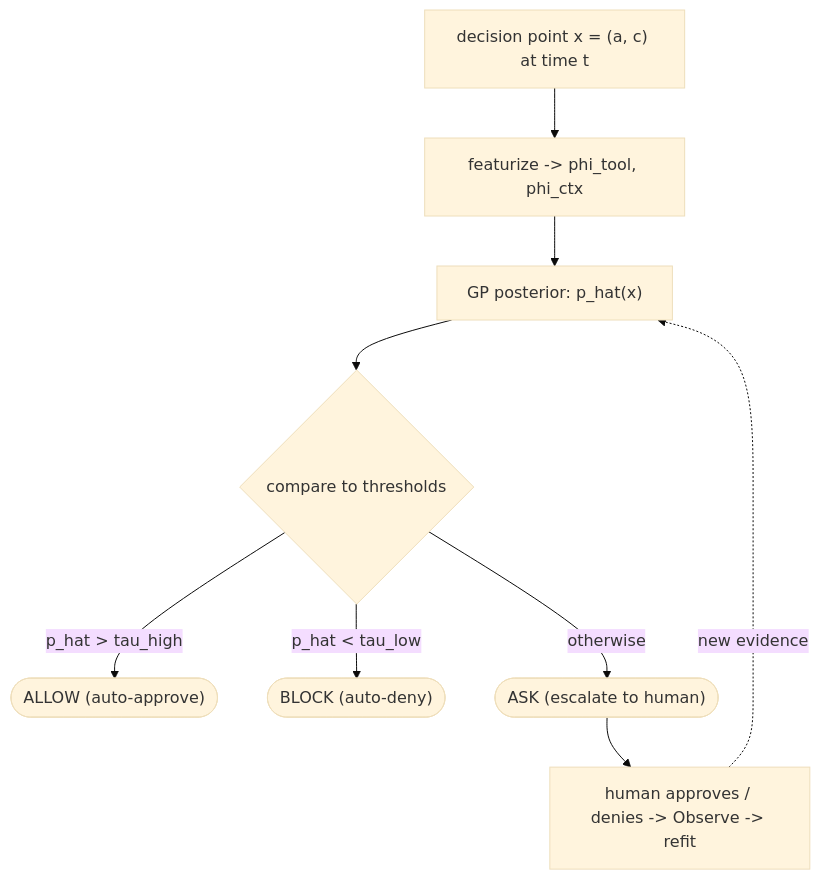
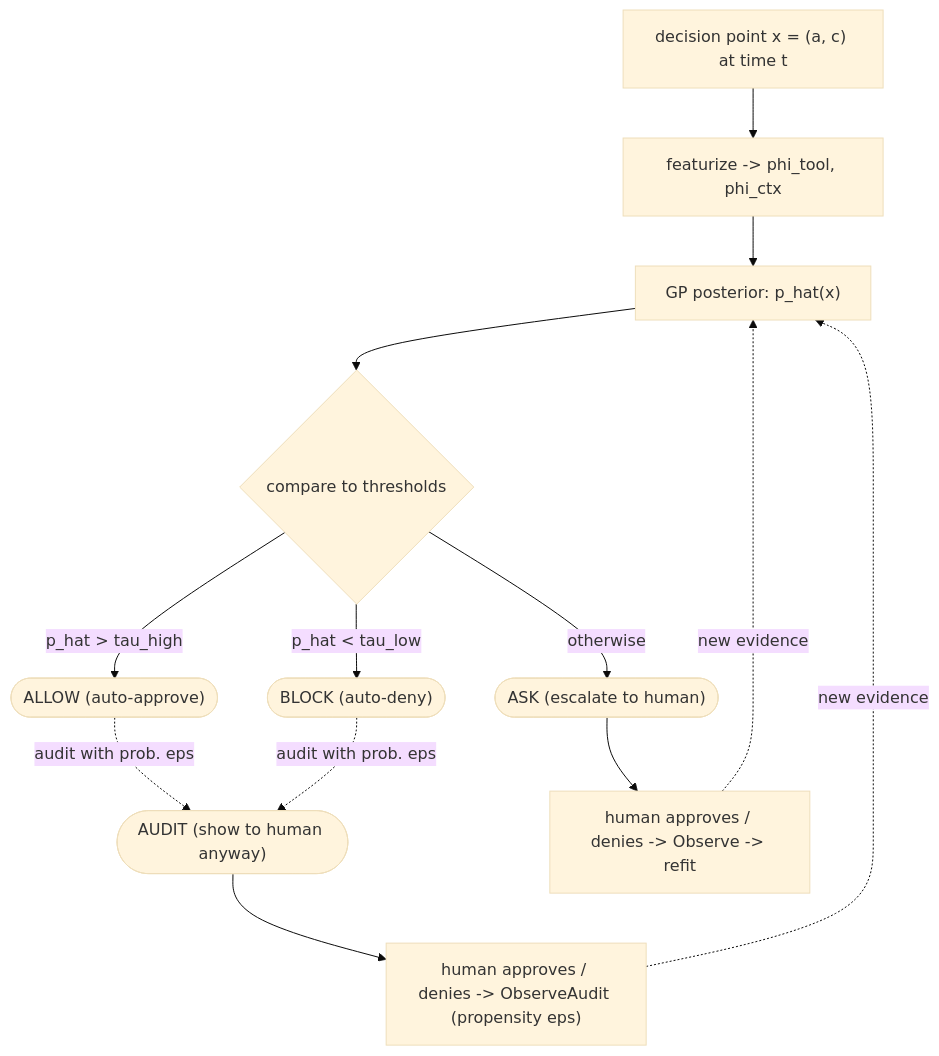
Before and after one commit to changkun/trustcalib: the first of 3 diagrams in go/README.md, drawn with Mermaid (base theme). The commit also changed other lines of this file and 29 other files, not shown here.

````diff
--- a/go/README.md
+++ b/go/README.md
@@ -42,11 +52,15 @@
 ```mermaid
 flowchart TD
     x["decision point x = (a, c) at time t"] --> feat["featurize -> phi_tool, phi_ctx"]
     feat --> gp["GP posterior: p_hat(x)"]
     gp --> rule{"compare to thresholds"}
     rule -->|"p_hat &gt; tau_high"| allow(["ALLOW (auto-approve)"])
     rule -->|"p_hat &lt; tau_low"| block(["BLOCK (auto-deny)"])
     rule -->|"otherwise"| ask(["ASK (escalate to human)"])
+    allow -.->|"audit with prob. eps"| audit(["AUDIT (show to human anyway)"])
+    block -.->|"audit with prob. eps"| audit
     ask --> obs["human approves / denies -> Observe -> refit"]
+    audit --> aobs["human approves / denies -> ObserveAudit (propensity eps)"]
     obs -.->|new evidence| gp
+    aobs -.->|new evidence| gp
 ```
````
